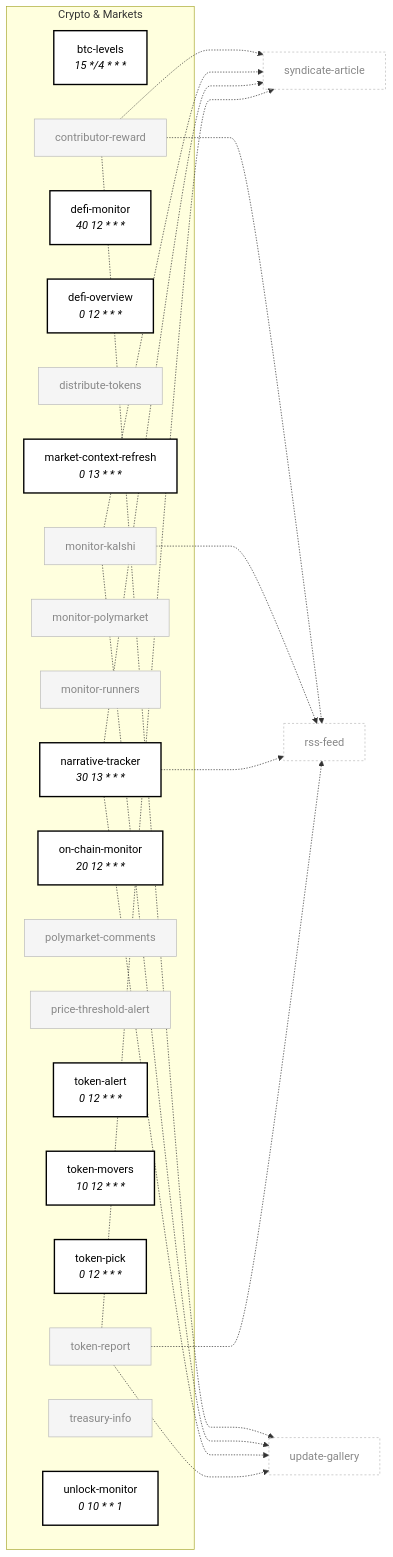
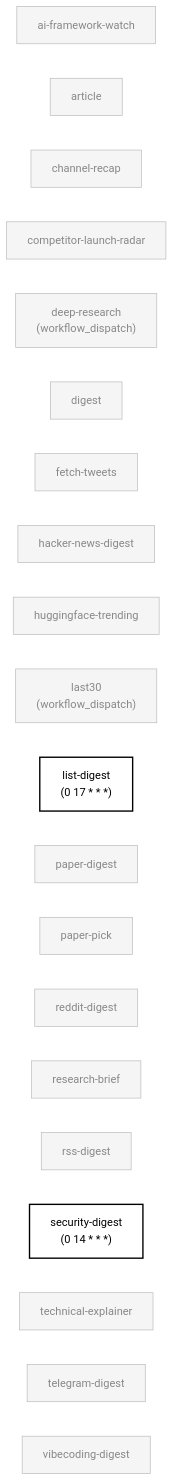
Before and after one commit to anajuliabit/aeon: the sixth of 7 diagrams in docs/skill-graph.md, drawn with Mermaid. The commit also changed other lines of this file and 2 other files, not shown here.

Commit message:
docs(skill-graph): regenerate map (RETIRED_SKILLS: -4 | SHARED_STATE_EDGES: 195->9)

````diff
--- a/docs/skill-graph.md
+++ b/docs/skill-graph.md
@@ -396,80 +380,66 @@
 ```mermaid
 flowchart LR
-    subgraph crypto_cluster["Crypto & Markets"]
-      btc-levels["btc-levels<br/><i>15 */4 * * *</i>"]
-      contributor-reward["contributor-reward"]
-      defi-monitor["defi-monitor<br/><i>40 12 * * *</i>"]
-      defi-overview["defi-overview<br/><i>0 12 * * *</i>"]
-      distribute-tokens["distribute-tokens"]
-      market-context-refresh["market-context-refresh<br/><i>0 13 * * *</i>"]
-      monitor-kalshi["monitor-kalshi"]
-      monitor-polymarket["monitor-polymarket"]
-      monitor-runners["monitor-runners"]
-      narrative-tracker["narrative-tracker<br/><i>30 13 * * *</i>"]
-      on-chain-monitor["on-chain-monitor<br/><i>20 12 * * *</i>"]
-      polymarket-comments["polymarket-comments"]
-      price-threshold-alert["price-threshold-alert"]
-      token-alert["token-alert<br/><i>0 12 * * *</i>"]
-      token-movers["token-movers<br/><i>10 12 * * *</i>"]
-      token-pick["token-pick<br/><i>0 12 * * *</i>"]
-      token-report["token-report"]
-      treasury-info["treasury-info"]
-      unlock-monitor["unlock-monitor<br/><i>0 10 * * 1</i>"]
-    end
-    syndicate-article_ext["syndicate-article"]:::external
-    contributor-reward -..-> syndicate-article_ext
-    rss-feed_ext["rss-feed"]:::external
-    contributor-reward -..-> rss-feed_ext
-    update-gallery_ext["update-gallery"]:::external
-    contributor-reward -..-> update-gallery_ext
-    monitor-kalshi -..-> syndicate-article_ext
-    monitor-kalshi -..-> rss-feed_ext
-    monitor-kalshi -..-> update-gallery_ext
-    narrative-tracker -..-> syndicate-article_ext
-    narrative-tracker -..-> rss-feed_ext
-    narrative-tracker -..-> update-gallery_ext
-    token-report -..-> syndicate-article_ext
-    token-report -..-> rss-feed_ext
-    token-report -..-> update-gallery_ext
-    class btc-levels enabled
-    click btc-levels "../skills/btc-levels/SKILL.md"
-    class contributor-reward disabled
-    click contributor-reward "../skills/contributor-reward/SKILL.md"
-    class defi-monitor enabled
-    click defi-monitor "../skills/defi-monitor/SKILL.md"
-    class defi-overview enabled
-    click defi-overview "../skills/defi-overview/SKILL.md"
-    class distribute-tokens disabled
-    click distribute-tokens "../skills/distribute-tokens/SKILL.md"
-    class market-context-refresh enabled
-    click market-context-refresh "../skills/market-context-refresh/SKILL.md"
-    class monitor-kalshi disabled
-    click monitor-kalshi "../skills/monitor-kalshi/SKILL.md"
-    class monitor-polymarket disabled
-    click monitor-polymarket "../skills/monitor-polymarket/SKILL.md"
-    class monitor-runners disabled
-    click monitor-runners "../skills/monitor-runners/SKILL.md"
-    class narrative-tracker enabled
-    click narrative-tracker "../skills/narrative-tracker/SKILL.md"
-    class on-chain-monitor enabled
-    click on-chain-monitor "../skills/on-chain-monitor/SKILL.md"
-    class polymarket-comments disabled
-    click polymarket-comments "../skills/polymarket-comments/SKILL.md"
-    class price-threshold-alert disabled
-    click price-threshold-alert "../skills/price-threshold-alert/SKILL.md"
-    class token-alert enabled
-    click token-alert "../skills/token-alert/SKILL.md"
-    class token-movers enabled
-    click token-movers "../skills/token-movers/SKILL.md"
-    class token-pick enabled
-    click token-pick "../skills/token-pick/SKILL.md"
-    class token-report disabled
-    click token-report "../skills/token-report/SKILL.md"
-    class treasury-info disabled
-    click treasury-info "../skills/treasury-info/SKILL.md"
-    class unlock-monitor enabled
-    click unlock-monitor "../skills/unlock-monitor/SKILL.md"
-    classDef enabled fill:#fff,stroke:#000,stroke-width:2px,color:#000
-    classDef disabled fill:#f5f5f5,stroke:#bbb,color:#888
-    classDef external fill:none,stroke:#bbb,stroke-dasharray:3 3,color:#888
+  ai_framework_watch["ai-framework-watch"]
+  article["article"]
+  channel_recap["channel-recap"]
+  competitor_launch_radar["competitor-launch-radar"]
+  deep_research["deep-research<br/>(workflow_dispatch)"]
+  digest["digest"]
+  fetch_tweets["fetch-tweets"]
+  hacker_news_digest["hacker-news-digest"]
+  huggingface_trending["huggingface-trending"]
+  last30["last30<br/>(workflow_dispatch)"]
+  list_digest["list-digest<br/>(0 17 * * *)"]
+  paper_digest["paper-digest"]
+  paper_pick["paper-pick"]
+  reddit_digest["reddit-digest"]
+  research_brief["research-brief"]
+  rss_digest["rss-digest"]
+  security_digest["security-digest<br/>(0 14 * * *)"]
+  technical_explainer["technical-explainer"]
+  telegram_digest["telegram-digest"]
+  vibecoding_digest["vibecoding-digest"]
+  class ai_framework_watch disabled
+  click ai_framework_watch "../skills/ai-framework-watch/SKILL.md"
+  class article disabled
+  click article "../skills/article/SKILL.md"
+  class channel_recap disabled
+  click channel_recap "../skills/channel-recap/SKILL.md"
+  class competitor_launch_radar disabled
+  click competitor_launch_radar "../skills/competitor-launch-radar/SKILL.md"
+  class deep_research disabled
+  click deep_research "../skills/deep-research/SKILL.md"
+  class digest disabled
+  click digest "../skills/digest/SKILL.md"
+  class fetch_tweets disabled
+  click fetch_tweets "../skills/fetch-tweets/SKILL.md"
+  class hacker_news_digest disabled
+  click hacker_news_digest "../skills/hacker-news-digest/SKILL.md"
+  class huggingface_trending disabled
+  click huggingface_trending "../skills/huggingface-trending/SKILL.md"
+  class last30 disabled
+  click last30 "../skills/last30/SKILL.md"
+  class list_digest enabled
+  click list_digest "../skills/list-digest/SKILL.md"
+  class paper_digest disabled
+  click paper_digest "../skills/paper-digest/SKILL.md"
+  class paper_pick disabled
+  click paper_pick "../skills/paper-pick/SKILL.md"
+  class reddit_digest disabled
+  click reddit_digest "../skills/reddit-digest/SKILL.md"
+  class research_brief disabled
+  click research_brief "../skills/research-brief/SKILL.md"
+  class rss_digest disabled
+  click rss_digest "../skills/rss-digest/SKILL.md"
+  class security_digest enabled
+  click security_digest "../skills/security-digest/SKILL.md"
+  class technical_explainer disabled
+  click technical_explainer "../skills/technical-explainer/SKILL.md"
+  class telegram_digest disabled
+  click telegram_digest "../skills/telegram-digest/SKILL.md"
+  class vibecoding_digest disabled
+  click vibecoding_digest "../skills/vibecoding-digest/SKILL.md"
+  classDef enabled fill:#fff,stroke:#000,stroke-width:2px,color:#000
+  classDef disabled fill:#f5f5f5,stroke:#bbb,color:#888
+  classDef external fill:none,stroke:#bbb,stroke-dasharray:3 3,color:#888
 ```
````
